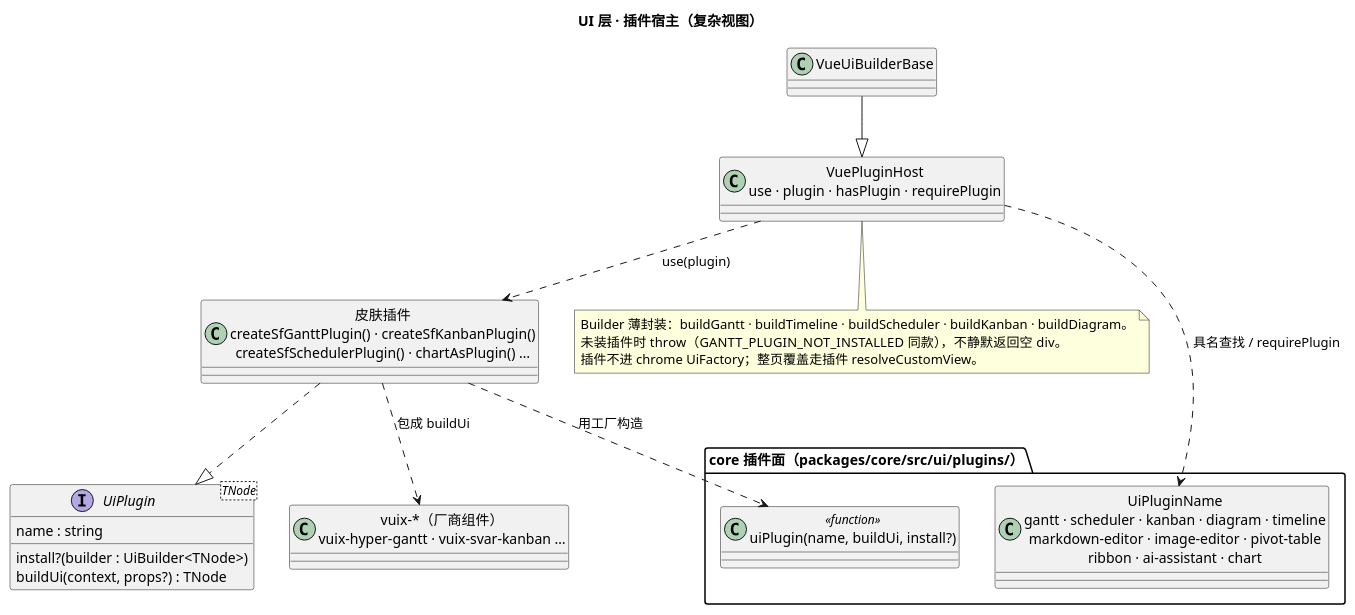
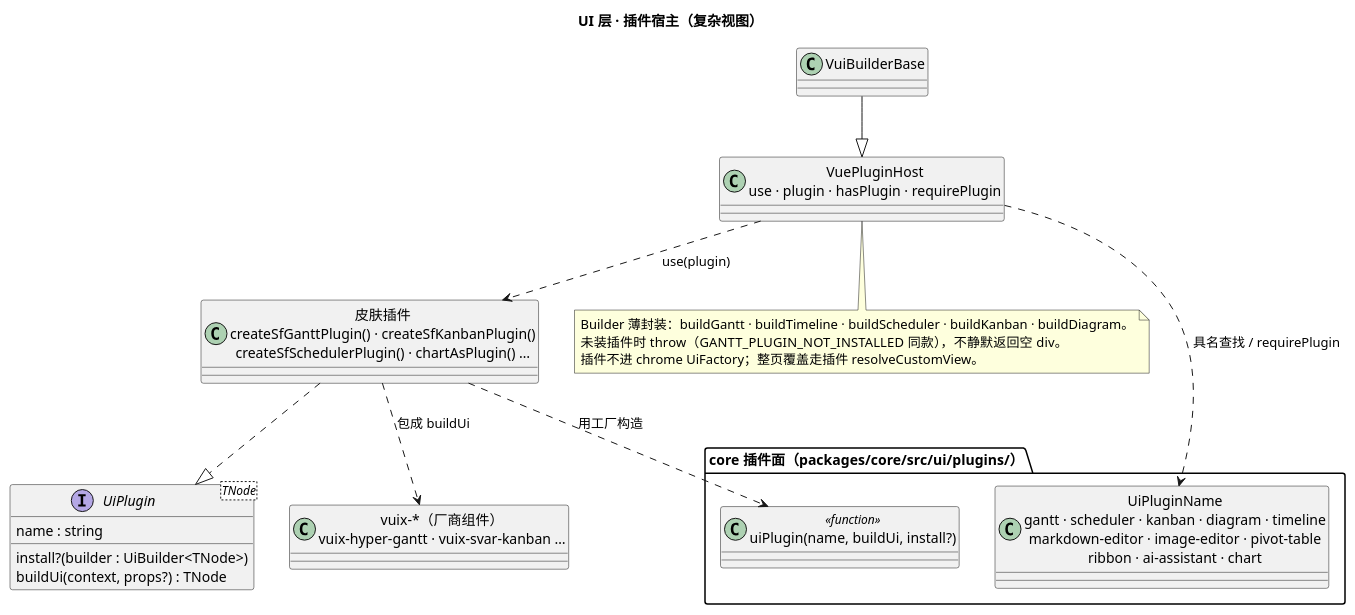
The fifth of 5 diagrams in docs/design/ui_layer.wsd (Roy7611/mmda-vue), drawn with PlantUML before and after one commit. The commit also changed other lines of this file and 8 other files, not shown here.

```diff
--- a/docs/design/ui_layer.wsd
+++ b/docs/design/ui_layer.wsd
@@ -201,34 +201,34 @@
 @startuml ui_layer_plugins
 skinparam defaultFontName "Microsoft YaHei"
 title UI 层 · 插件宿主（复杂视图）
 
 interface "UiPlugin<TNode>" as UiPlugin {
   name : string
   install?(builder : UiBuilder<TNode>)
   buildUi(context, props?) : TNode
 }
 
 class "VuePluginHost\nuse · plugin · hasPlugin · requirePlugin" as VuePluginHost
-class "VueUiBuilderBase" as VueUiBuilderBase
-VueUiBuilderBase --|> VuePluginHost
+class "VuiBuilderBase" as VuiBuilderBase
+VuiBuilderBase --|> VuePluginHost
 
 package "core 插件面（packages/core/src/ui/plugins/）" {
   class "UiPluginName\ngantt · scheduler · kanban · diagram · timeline\nmarkdown-editor · image-editor · pivot-table\nribbon · ai-assistant · chart" as UiPluginName
   class "uiPlugin(name, buildUi, install?)" as uiPluginFn <<function>>
 }
 
 class "皮肤插件\ncreateSfGanttPlugin() · createSfKanbanPlugin()\ncreateSfSchedulerPlugin() · chartAsPlugin() …" as SkinPlugin
 class "vuix-*（厂商组件）\nvuix-hyper-gantt · vuix-svar-kanban …" as Vuix
 
 SkinPlugin ..|> UiPlugin
 SkinPlugin ..> Vuix : 包成 buildUi
 SkinPlugin ..> uiPluginFn : 用工厂构造
 VuePluginHost ..> SkinPlugin : use(plugin)
 VuePluginHost ..> UiPluginName : 具名查找 / requirePlugin
 
 note bottom of VuePluginHost
   Builder 薄封装：buildGantt · buildTimeline · buildScheduler · buildKanban · buildDiagram。
   未装插件时 throw（GANTT_PLUGIN_NOT_INSTALLED 同款），不静默返回空 div。
   插件不进 chrome UiFactory；整页覆盖走插件 resolveCustomView。
 end note
 @enduml
```
